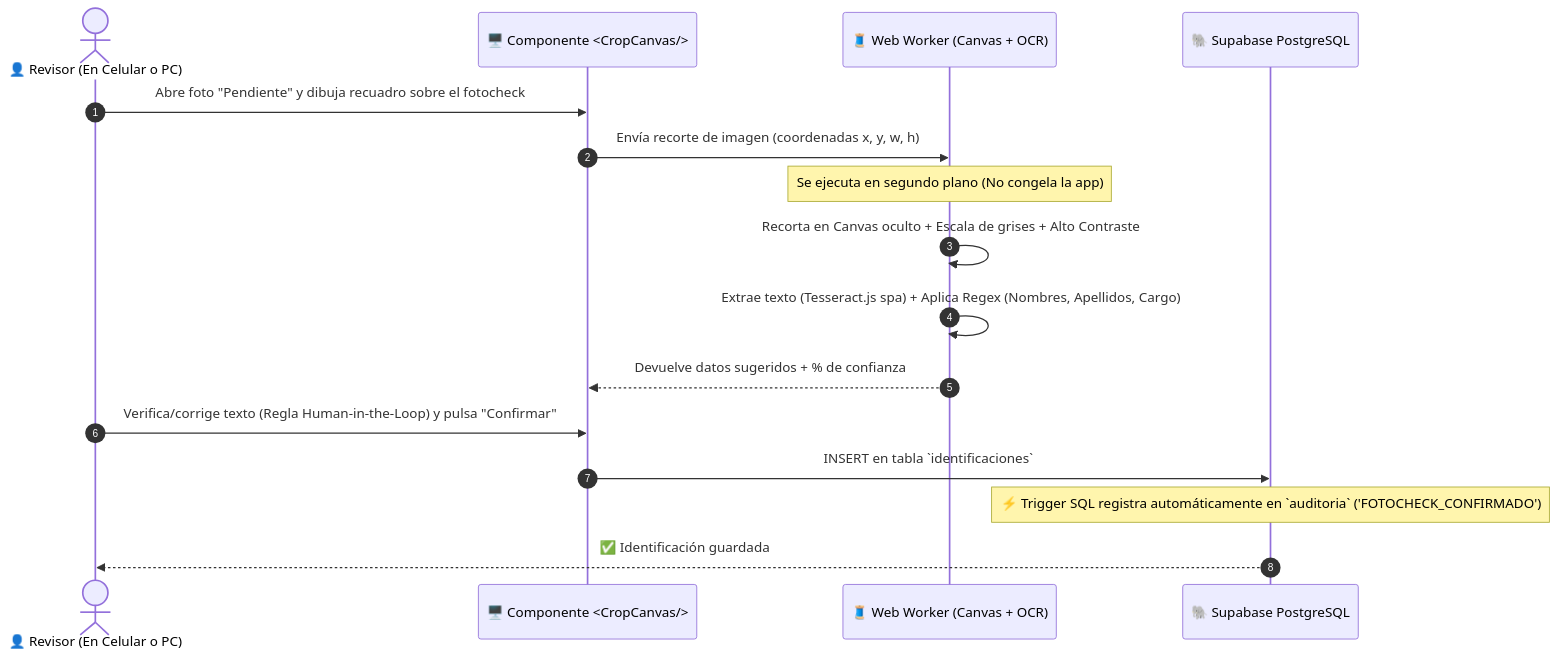
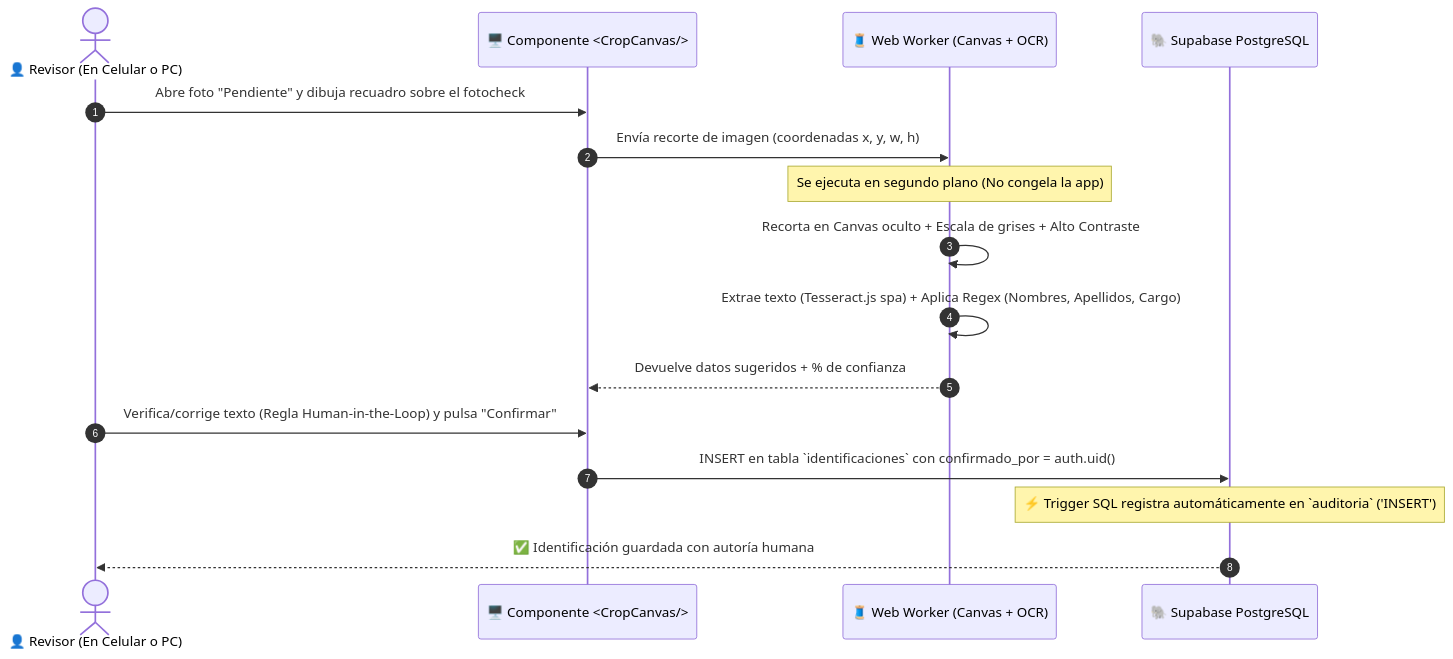
The fourth of 5 diagrams in ARQUITECTURA_Y_ESPECIFICACION_MODERNA.md (Tiburonchin/ELIS_5.vs2.2), drawn with Mermaid before and after one commit. The commit also changed other lines of this file and 25 other files, not shown here.

````diff
--- a/ARQUITECTURA_Y_ESPECIFICACION_MODERNA.md
+++ b/ARQUITECTURA_Y_ESPECIFICACION_MODERNA.md
@@ -447,19 +609,19 @@
 ```mermaid
 sequenceDiagram
     autonumber
     actor Revisor as 👤 Revisor (En Celular o PC)
     participant UI as 🖥️ Componente <CropCanvas/>
     participant Worker as 🧵 Web Worker (Canvas + OCR)
     participant DB as 🐘 Supabase PostgreSQL
 
     Revisor->>UI: Abre foto "Pendiente" y dibuja recuadro sobre el fotocheck
     UI->>Worker: Envía recorte de imagen (coordenadas x, y, w, h)
     Note over Worker: Se ejecuta en segundo plano (No congela la app)
     Worker->>Worker: Recorta en Canvas oculto + Escala de grises + Alto Contraste
     Worker->>Worker: Extrae texto (Tesseract.js spa) + Aplica Regex (Nombres, Apellidos, Cargo)
     Worker-->>UI: Devuelve datos sugeridos + % de confianza
     Revisor->>UI: Verifica/corrige texto (Regla Human-in-the-Loop) y pulsa "Confirmar"
-    UI->>DB: INSERT en tabla `identificaciones`
-    Note over DB: ⚡ Trigger SQL registra automáticamente en `auditoria` ('FOTOCHECK_CONFIRMADO')
-    DB-->>Revisor: ✅ Identificación guardada
+    UI->>DB: INSERT en tabla `identificaciones` con confirmado_por = auth.uid()
+    Note over DB: ⚡ Trigger SQL registra automáticamente en `auditoria` ('INSERT')
+    DB-->>Revisor: ✅ Identificación guardada con autoría humana
 ```
````
